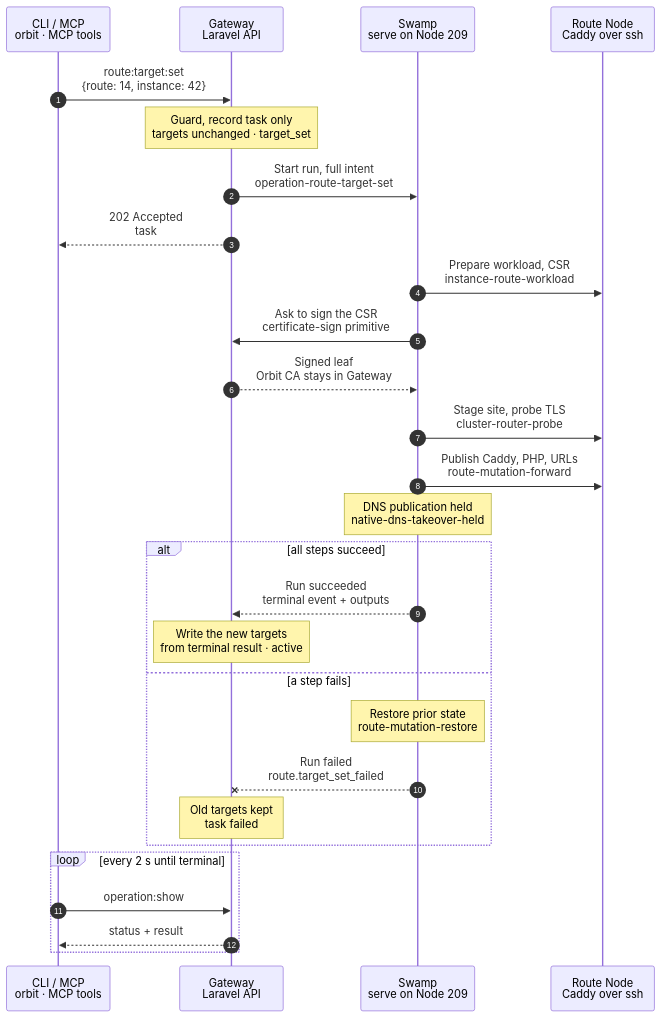
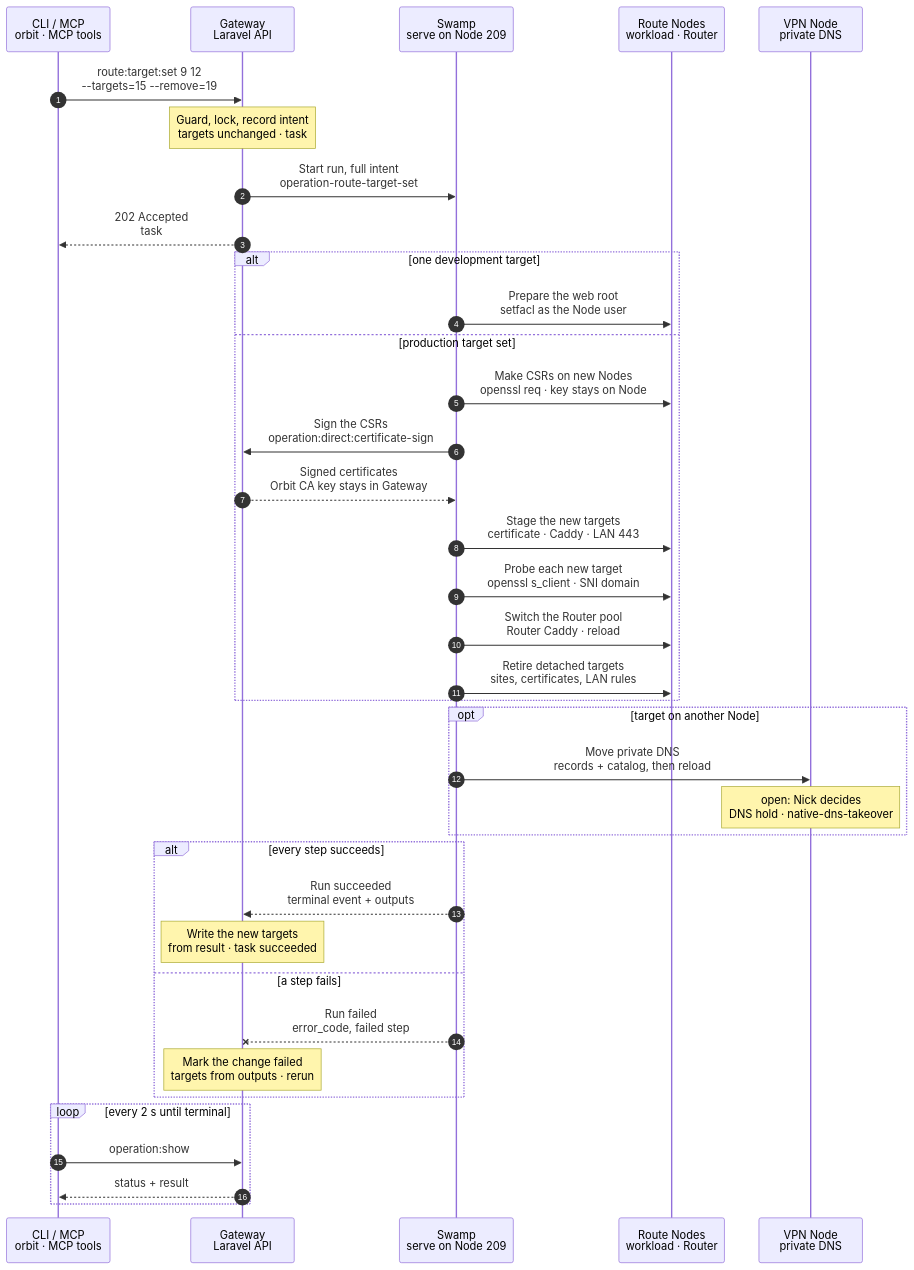
Before and after one commit to hardimpactdev/orbit: the diagram in docs/flows/route.target_set.mmd, drawn with Mermaid. The commit also changed 15 other files, not shown here.

First line of the commit message:
docs(flows): wave 5 charts (routes, router, WireGuard, WebSocket, analytics) (#2438)

```diff
--- a/docs/flows/route.target_set.mmd
+++ b/docs/flows/route.target_set.mmd
@@ -1,34 +1,138 @@
 sequenceDiagram
-  %% Target design: ADR 0244 task + gateway-root-of-trust-keys (Gateway signs) + single-swamp-node; DECISIONS R2 (state from terminal result) + 2 (DNS held).
+  %% Target design: ADR 0244 task, DECISIONS R1-R4 + 2 (DNS hold) + round 2 (target_set single path, R2), Gateway signs CSRs (root-of-trust), single-swamp-node. docs/cli/route.mdx, docs/reference/routes.md (Create and change targets, Change a production target set).
   %% status: draft
+  %% command: route:target:set
   autonumber
   %% lane CLI icon=terminal pill=caller tone=gray
   %% lane GW icon=gateway pill=intent tone=blue
   %% lane SW icon=workflow pill=executes tone=green
   %% lane N icon=server pill=target tone=amber
+  %% lane V icon=server pill=target tone=purple
   participant CLI as CLI / MCP<br/>orbit · MCP tools
   participant GW as Gateway<br/>Laravel API
   participant SW as Swamp<br/>serve on Node 209
-  participant N as Route Node<br/>Caddy over ssh
-  CLI->>GW: route:target:set<br/>{route: 14, instance: 42}
-  Note over GW: Guard, record task only<br/>targets unchanged · target_set
+  participant N as Route Nodes<br/>workload · Router
+  participant V as VPN Node<br/>private DNS
+  CLI->>GW: route:target:set 9 12<br/>--targets=15 --remove=19
+  %%> Command:
+  %%> - `orbit route:target:set 9 12 --targets=15 --reassign=18:4 --remove=19`
+  %%> - syntax: `<route> <target> [--targets=ID]... [--reassign=ID:ROUTE]... [--remove=ID]...`
+  %%> Input:
+  %%> - Route 9 and Instance 12
+  %%> - without options: one target
+  %%> - with options: the complete ordered production target set, here Instances 12 and 15
+  %%> - each detached Instance needs a disposition: `--reassign=18:4` moves Instance 18 to Route 4, `--remove=19` allows removing Instance 19
+  Note over GW: Guard, lock, record intent<br/>targets unchanged · task #5140
+  %%> Requirements:
+  %%> - your Node has an access grant to every target's Node
+  %%> - every target is an active Instance of Route 9's Project (`route.target_app_conflict`, `route.target_inactive`)
+  %%> - no active Instance loses its only Route (`route.target_conflict`)
+  %%> - a single target never takes an Instance from another Route
+  %%> - a target set: an explicit Cluster-scoped Route; each target a production Instance on its own active `app-prod` Node in that Cluster
+  %%> Locks:
+  %%> - the projection lock and the environment owner of every Instance named
+  %%> - a busy lock is waited for up to 30 s, then `app-dev.projection_busy`
+  %%> Result:
+  %%> - task #5140 recorded with the full intent, including the old targets for recovery
+  %%> - Route 9's targets stay as they are until the result
   GW->>SW: Start run, full intent<br/>operation-route-target-set
+  %%> What it does:
+  %%> - starts one Swamp run on serve (Node 209)
+  %%> Inputs:
+  %%> - the old and new targets, and each detached Instance's disposition
+  %%> - the rendered Caddy blocks before and after, certificate leaves, LAN tuples and probes, per Node
+  %%> - production `.env` material only as vault key names in `orbit-control-inputs` (R3)
+  %%> - each Node's address and SSH host keys; the SSH identity comes from the `swamp` role
   GW-->>CLI: 202 Accepted<br/>task #5140
-  SW->>N: Prepare workload, CSR<br/>instance-route-workload
-  SW->>GW: Ask to sign the CSR<br/>certificate-sign primitive
-  GW-->>SW: Signed leaf<br/>Orbit CA stays in Gateway
-  SW->>N: Stage site, probe TLS<br/>cluster-router-probe
-  SW->>N: Publish Caddy, PHP, URLs<br/>route-mutation-forward
-  Note over SW: DNS publication held<br/>native-dns-takeover-held
-  alt all steps succeed
+  %%> What you get:
+  %%> - the task number, at once
+  %%> Next:
+  %%> - the CLI follows the task with `operation:show`
+  alt one development target
+    SW->>N: Prepare the web root<br/>setfacl as the Node user
+    %%> What it does:
+    %%> - denies Caddy the rest of Instance 12's checkout and its Git directory
+    %%> - grants Caddy read access to the web root, and passage through the directories above it
+    %%> When:
+    %%> - Route 9 is not `active`; changing the target of an active Route is refused at admission
+    %%> Retry:
+    %%> - setting the same target again walks the checkout again and repairs the access
+  else production target set
+    SW->>N: Make CSRs on new Nodes<br/>openssl req · key stays on Node
+    %%> How:
+    %%> - Swamp reaches each new target's Node over `@swamp/ssh` from 209
+    %%> What it does:
+    %%> - makes a key and a certificate request for the Route domain under a temporary scope
+    %%> - returns only the public CSRs
+    SW->>GW: Sign the CSRs<br/>operation:direct:certificate-sign
+    %%> What it does:
+    %%> - sends the CSRs with task #5140 and the run id
+    %%> Why:
+    %%> - the Orbit CA key stays in the Gateway; signing is the one step that calls the Gateway
+    GW-->>SW: Signed certificates<br/>Orbit CA key stays in Gateway
+    %%> Returns:
+    %%> - one public certificate bundle per leaf
+    SW->>N: Stage the new targets<br/>certificate · Caddy · LAN 443
+    %%> What it does:
+    %%> - installs each certificate, adds the workload site, and allows the Router on LAN port 443
+    %%> - validates each Caddyfile, then reloads Caddy; never a restart (rule 7)
+    %%> - writes the production `.env` of each new target against Route 9
+    SW->>N: Probe each new target<br/>openssl s_client · SNI domain
+    %%> What it does:
+    %%> - connects from 209 to each new workload on port 443, with the Route domain as SNI
+    %%> Why:
+    %%> - the Router only sends traffic to targets that serve
+    SW->>N: Switch the Router pool<br/>Router Caddy · reload
+    %%> What it does:
+    %%> - sets the Router's upstream pool to Instances 12 and 15, in order
+    %%> - validates, then reloads Caddy on the Router
+    %%> Not included:
+    %%> - DNS: the Route domain points at the Router, which does not change
+    SW->>N: Retire detached targets<br/>sites, certificates, LAN rules
+    %%> What it does:
+    %%> - removes the old workload sites and temporary certificates no Route needs any more
+    %%> - Instance 18's site follows it to Route 4
+    %%> - removes Instance 19 with the shared Instance removal steps, because `--remove=19` allowed it
+  end
+  opt target on another Node
+    SW->>V: Move private DNS<br/>records + catalog, then reload
+    %%> When:
+    %%> - a Node-scoped Route whose new target runs on another Node
+    %%> What it does:
+    %%> - points the Route domain at the new Node and checks a DNS reply
+    Note over V: open: Nick decides<br/>DNS hold · native-dns-takeover
+    %%> Open:
+    %%> - DNS publication is under the DNS hold; Nick decides (rule 9)
+    %%> - until then, the run skips this step and Route work stays same-Node work
+  end
+  alt every step succeeds
     SW-->>GW: Run succeeded<br/>terminal event + outputs
-    Note over GW: Write the new targets<br/>from terminal result · active
+    %%> How the Gateway learns it:
+    %%> - its shared run reader sees the terminal event; Swamp never calls the Gateway
+    Note over GW: Write the new targets<br/>from result · task succeeded
+    %%> Result:
+    %%> - Route 9 targets Instances 12 and 15
+    %%> - Instance 18 belongs to Route 4; Instance 19 is removed
+    %%> - task #5140 succeeds, and the Gateway broadcasts `route.updated`
   else a step fails
-    Note over SW: Restore prior state<br/>route-mutation-restore
-    SW--xGW: Run failed<br/>route.target_set_failed
-    Note over GW: Old targets kept<br/>task failed
+    SW--xGW: Run failed<br/>error_code, failed step
+    %%> The Gateway reads:
+    %%> - which step failed, its error code, and whether the Router pool had switched
+    Note over GW: Mark the change failed<br/>targets from outputs · rerun
+    %%> Result before the Router switch:
+    %%> - Route 9 keeps its old targets; staged sites serve no traffic, so they stay
+    %%> Result after the Router switch:
+    %%> - the new pool serves, so the Gateway records the new targets from the run's outputs
+    %%> - a rerun finishes the retire steps
+    %%> - task #5140 fails, with `failed_step` and `error_code` on Route 9
+    %%> Retry:
+    %%> - run the same command again after fixing the cause; it skips finished steps
   end
   loop every 2 s until terminal
     CLI->>GW: operation:show #5140
+    %%> What it does:
+    %%> - asks for the task's status every 2 seconds until it has ended
     GW-->>CLI: status + result
+    %%> Returns:
+    %%> - the current status, and the result once the task has ended
   end
```
